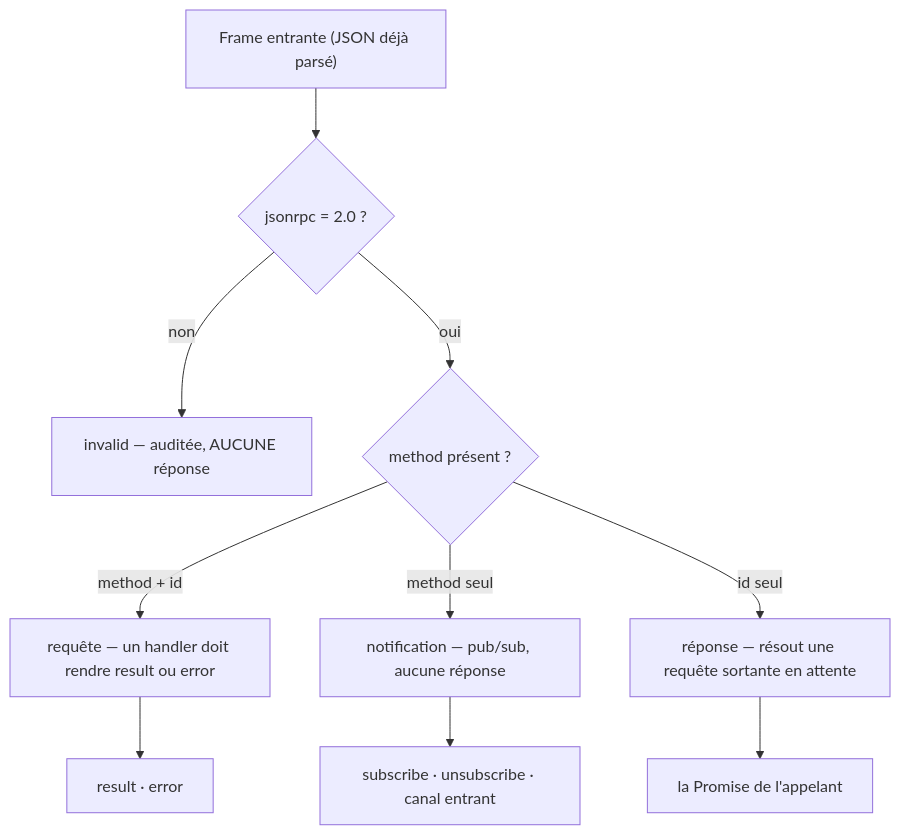
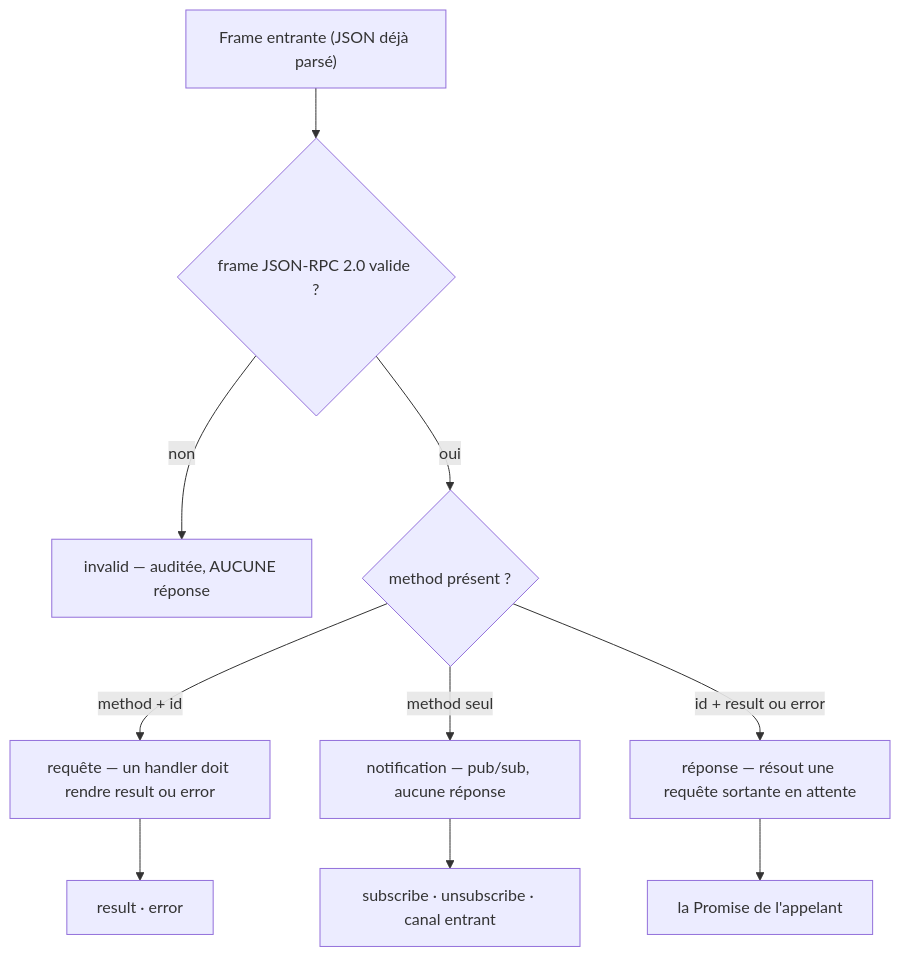
Before and after one commit to nodefony/nodefony-core: the first of 2 diagrams in src/packages/@nodefony/realtime/docs/protocole.md, drawn with Mermaid. The commit also changed other lines of this file and 45 other files, not shown here.

````diff
--- a/src/packages/@nodefony/realtime/docs/protocole.md
+++ b/src/packages/@nodefony/realtime/docs/protocole.md
@@ -53,12 +53,12 @@
 ```mermaid
 flowchart TD
-  IN["Frame entrante (JSON déjà parsé)"] --> V{"jsonrpc = 2.0 ?"}
+  IN["Frame entrante (JSON déjà parsé)"] --> V{"frame JSON-RPC 2.0 valide ?"}
   V -->|non| INV["invalid — auditée, AUCUNE réponse"]
   V -->|oui| M{"method présent ?"}
   M -->|"method + id"| REQ["requête — un handler doit rendre result ou error"]
   M -->|"method seul"| NOT["notification — pub/sub, aucune réponse"]
-  M -->|"id seul"| RES["réponse — résout une requête sortante en attente"]
+  M -->|"id + result ou error"| RES["réponse — résout une requête sortante en attente"]
   REQ --> OUT["result · error"]
   NOT --> HUB["subscribe · unsubscribe · canal entrant"]
   RES --> PROM["la Promise de l'appelant"]
 ```
````
